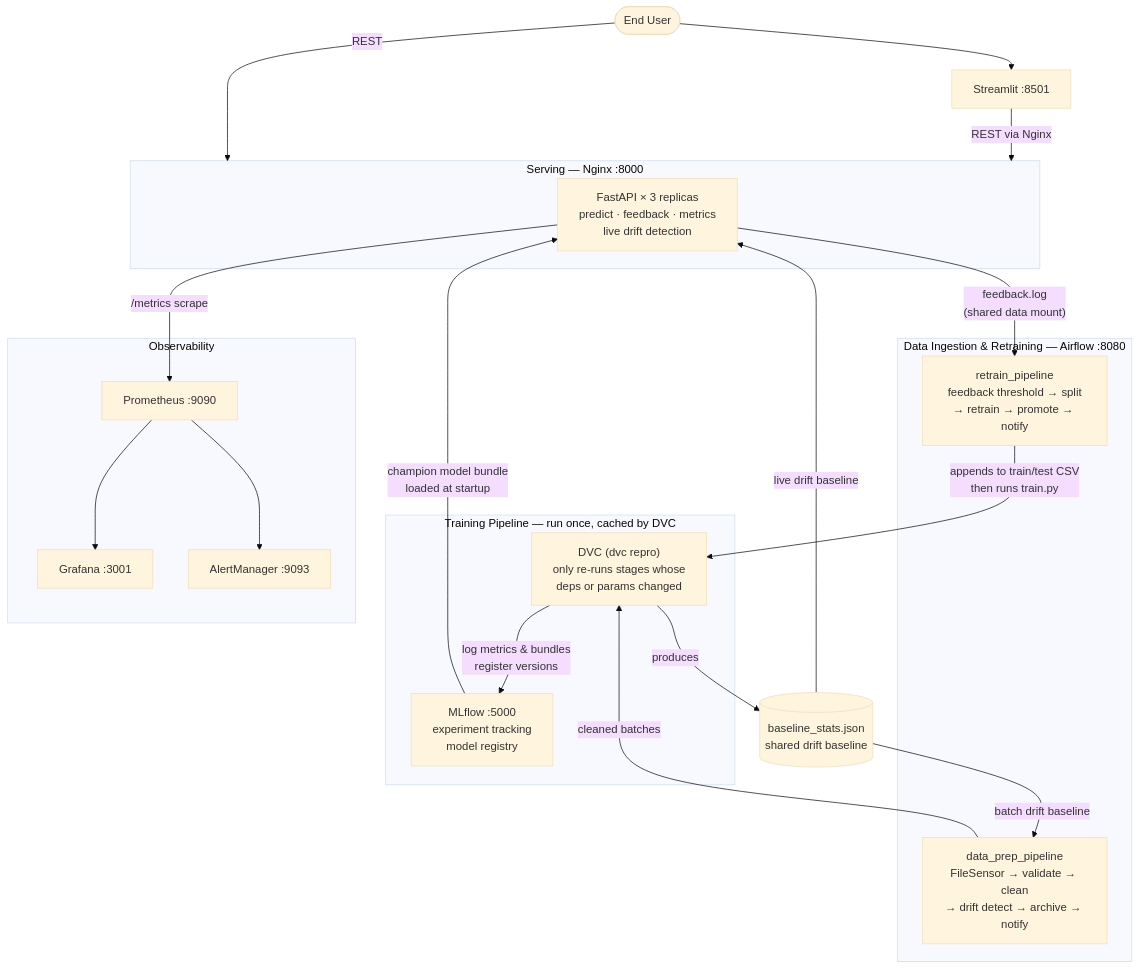
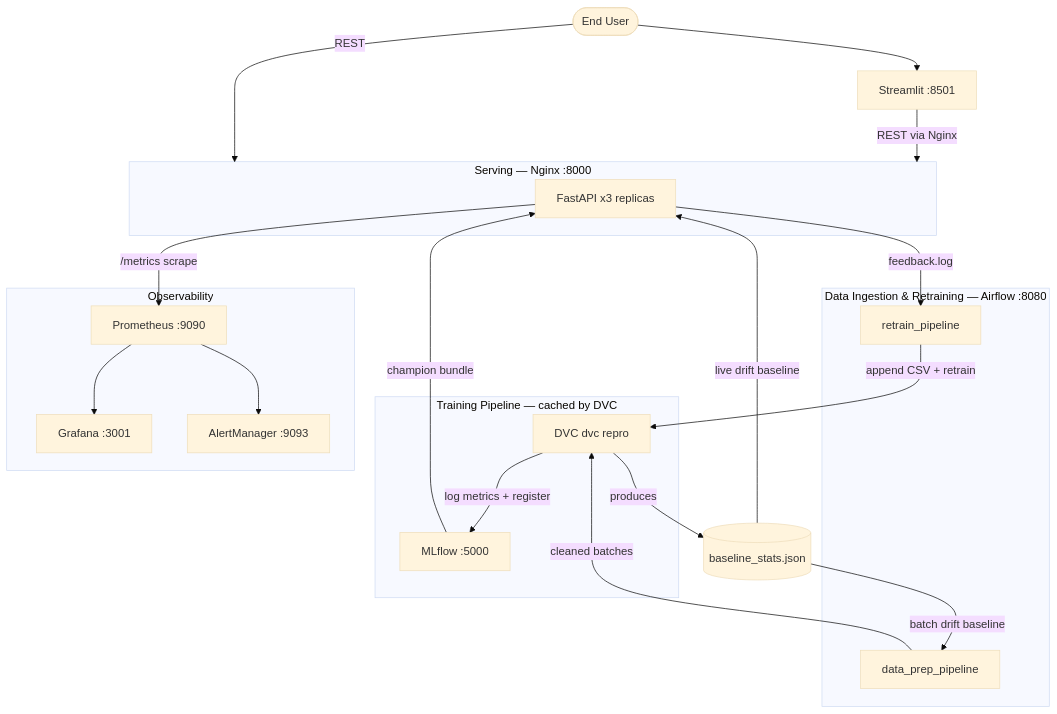
The first of 7 diagrams in docs/architecture.md (YashrajRC/DA5402_MLOPS_ProjectV2), drawn with Mermaid (base theme) before and after one commit. The commit also changed other lines of this file and 6 other files, not shown here.

````diff
--- a/docs/architecture.md
+++ b/docs/architecture.md
@@ -5,43 +5,43 @@
 ```mermaid
 graph TB
     User([End User])
 
-    subgraph Ingest["Data Ingestion & Retraining  —  Airflow :8080"]
-        AF["data_prep_pipeline\nFileSensor → validate → clean\n→ drift detect → archive → notify"]
-        RT["retrain_pipeline\nfeedback threshold → split\n→ retrain → promote → notify"]
+    subgraph Ingest["Data Ingestion & Retraining — Airflow :8080"]
+        AF[data_prep_pipeline]
+        RT[retrain_pipeline]
     end
 
-    subgraph Train["Training Pipeline  —  run once, cached by DVC"]
-        DVC["DVC  (dvc repro)\nonly re-runs stages whose\ndeps or params changed"]
-        MLB["MLflow  :5000\nexperiment tracking\nmodel registry"]
-        DVC -->|"log metrics & bundles\nregister versions"| MLB
+    subgraph Train["Training Pipeline — cached by DVC"]
+        DVC[DVC dvc repro]
+        MLB[MLflow :5000]
+        DVC -->|log metrics + register| MLB
     end
 
-    BASE[("baseline_stats.json\nshared drift baseline")]
+    BASE[(baseline_stats.json)]
 
-    subgraph Serve["Serving  —  Nginx :8000"]
-        FA["FastAPI × 3 replicas\npredict · feedback · metrics\nlive drift detection"]
+    subgraph Serve["Serving — Nginx :8000"]
+        FA[FastAPI x3 replicas]
     end
 
     subgraph Observe["Observability"]
-        PR["Prometheus  :9090"]
-        GR["Grafana  :3001"]
-        AM["AlertManager  :9093"]
+        PR[Prometheus :9090]
+        GR[Grafana :3001]
+        AM[AlertManager :9093]
         PR --> GR
         PR --> AM
     end
 
-    ST["Streamlit  :8501"]
+    ST[Streamlit :8501]
 
-    DVC -->|"produces"| BASE
-    BASE -->|"batch drift baseline"| AF
-    BASE -->|"live drift baseline"| FA
-    AF -->|"cleaned batches"| DVC
-    FA -->|"feedback.log\n(shared data mount)"| RT
-    RT -->|"appends to train/test CSV\nthen runs train.py"| DVC
-    MLB -->|"champion model bundle\nloaded at startup"| FA
-    FA -->|"/metrics scrape"| PR
+    DVC -->|produces| BASE
+    BASE -->|batch drift baseline| AF
+    BASE -->|live drift baseline| FA
+    AF -->|cleaned batches| DVC
+    FA -->|feedback.log| RT
+    RT -->|append CSV + retrain| DVC
+    MLB -->|champion bundle| FA
+    FA -->|/metrics scrape| PR
     User --> ST
-    ST -->|"REST via Nginx"| Serve
-    User -->|"REST"| Serve
+    ST -->|REST via Nginx| Serve
+    User -->|REST| Serve
 ```
````
